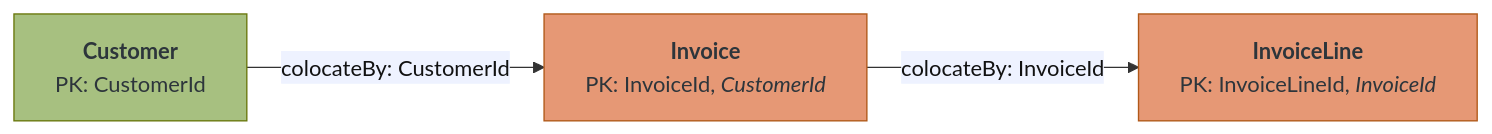
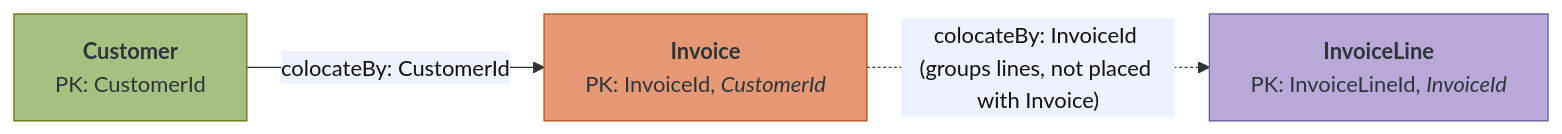
The second of 4 diagrams in gridgain9/gridgain9-tutorials/schema-design-for-distributed-sql/schema-java-annotations.md (mariadb-corporation/mariadb-docs), drawn with Mermaid before and after one commit. The commit also changed other lines of this file and 30 other files, not shown here.

````diff
--- a/gridgain9/gridgain9-tutorials/schema-design-for-distributed-sql/schema-java-annotations.md
+++ b/gridgain9/gridgain9-tutorials/schema-design-for-distributed-sql/schema-java-annotations.md
@@ -770,15 +783,15 @@
 ```mermaid
 %%{init: {"themeVariables": {"edgeLabelBackground": "#eef2ff"}}}%%
 graph LR
     Customer["<b>Customer</b><br/>PK: CustomerId"]
     Invoice["<b>Invoice</b><br/>PK: InvoiceId, <i>CustomerId</i>"]
     InvoiceLine["<b>InvoiceLine</b><br/>PK: InvoiceLineId, <i>InvoiceId</i>"]
 
     Customer -- "colocateBy: CustomerId" --> Invoice
-    Invoice -- "colocateBy: InvoiceId" --> InvoiceLine
+    Invoice -. "colocateBy: InvoiceId (groups lines, not placed with Invoice)" .-> InvoiceLine
 
     style Customer fill:#A7C080,stroke:#6a780d,color:#2D353B
     style Invoice fill:#E69875,stroke:#b15919,color:#2D353B
-    style InvoiceLine fill:#E69875,stroke:#b15919,color:#2D353B
+    style InvoiceLine fill:#B8A9D9,stroke:#6c5aa0,color:#2D353B
     linkStyle default color:#111111
 ```
````
